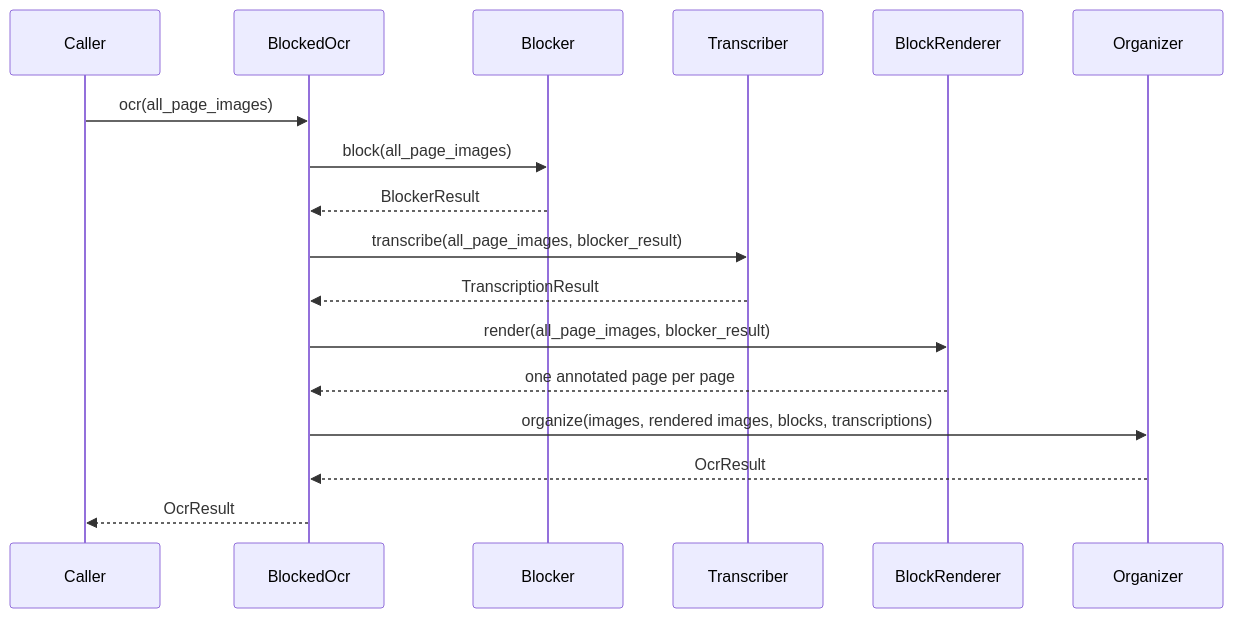
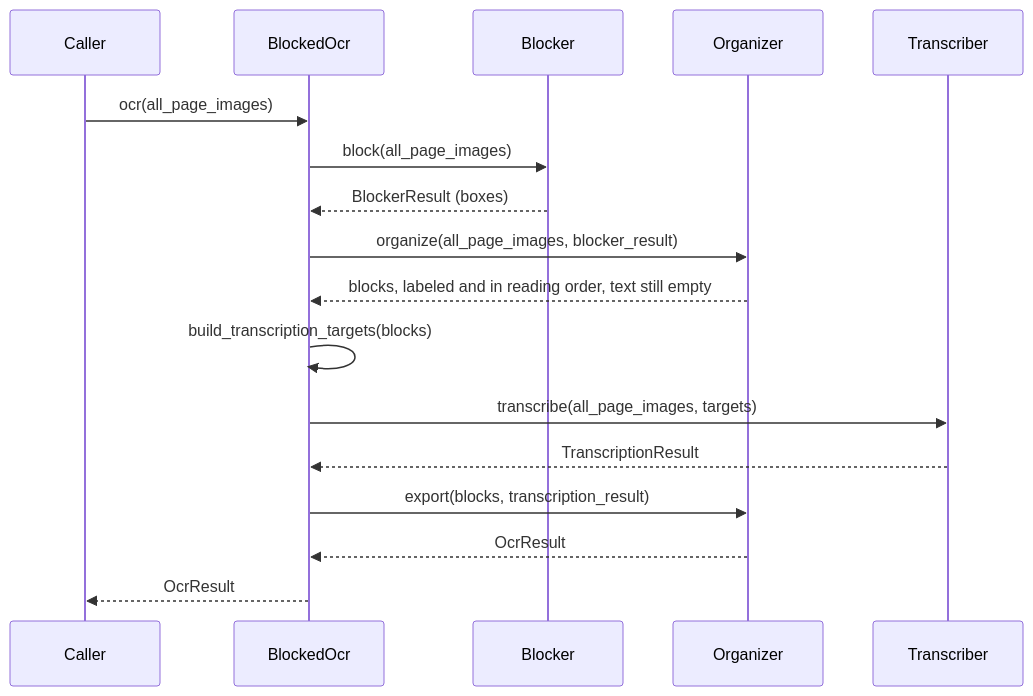
Before and after one commit to konbraphat51/SuperSuat: the second of 2 diagrams in Uploader/OcrModule/Blocked/Docs/BlockedOcr.md, drawn with Mermaid. The commit also changed other lines of this file and 28 other files, not shown here.

First line of the commit message:
refac: settle what a block is before reading it

````diff
--- a/Uploader/OcrModule/Blocked/Docs/BlockedOcr.md
+++ b/Uploader/OcrModule/Blocked/Docs/BlockedOcr.md
@@ -52,19 +47,19 @@
 ```mermaid
 sequenceDiagram
     participant Caller
     participant BlockedOcr
     participant Blocker
+    participant Organizer
     participant Transcriber
-    participant BlockRenderer
-    participant Organizer
     Caller->>BlockedOcr: ocr(all_page_images)
     BlockedOcr->>Blocker: block(all_page_images)
-    Blocker-->>BlockedOcr: BlockerResult
-    BlockedOcr->>Transcriber: transcribe(all_page_images, blocker_result)
+    Blocker-->>BlockedOcr: BlockerResult (boxes)
+    BlockedOcr->>Organizer: organize(all_page_images, blocker_result)
+    Organizer-->>BlockedOcr: blocks, labeled and in reading order, text still empty
+    BlockedOcr->>BlockedOcr: build_transcription_targets(blocks)
+    BlockedOcr->>Transcriber: transcribe(all_page_images, targets)
     Transcriber-->>BlockedOcr: TranscriptionResult
-    BlockedOcr->>BlockRenderer: render(all_page_images, blocker_result)
-    BlockRenderer-->>BlockedOcr: one annotated page per page
-    BlockedOcr->>Organizer: organize(images, rendered images, blocks, transcriptions)
+    BlockedOcr->>Organizer: export(blocks, transcription_result)
     Organizer-->>BlockedOcr: OcrResult
     BlockedOcr-->>Caller: OcrResult
 ```
````
